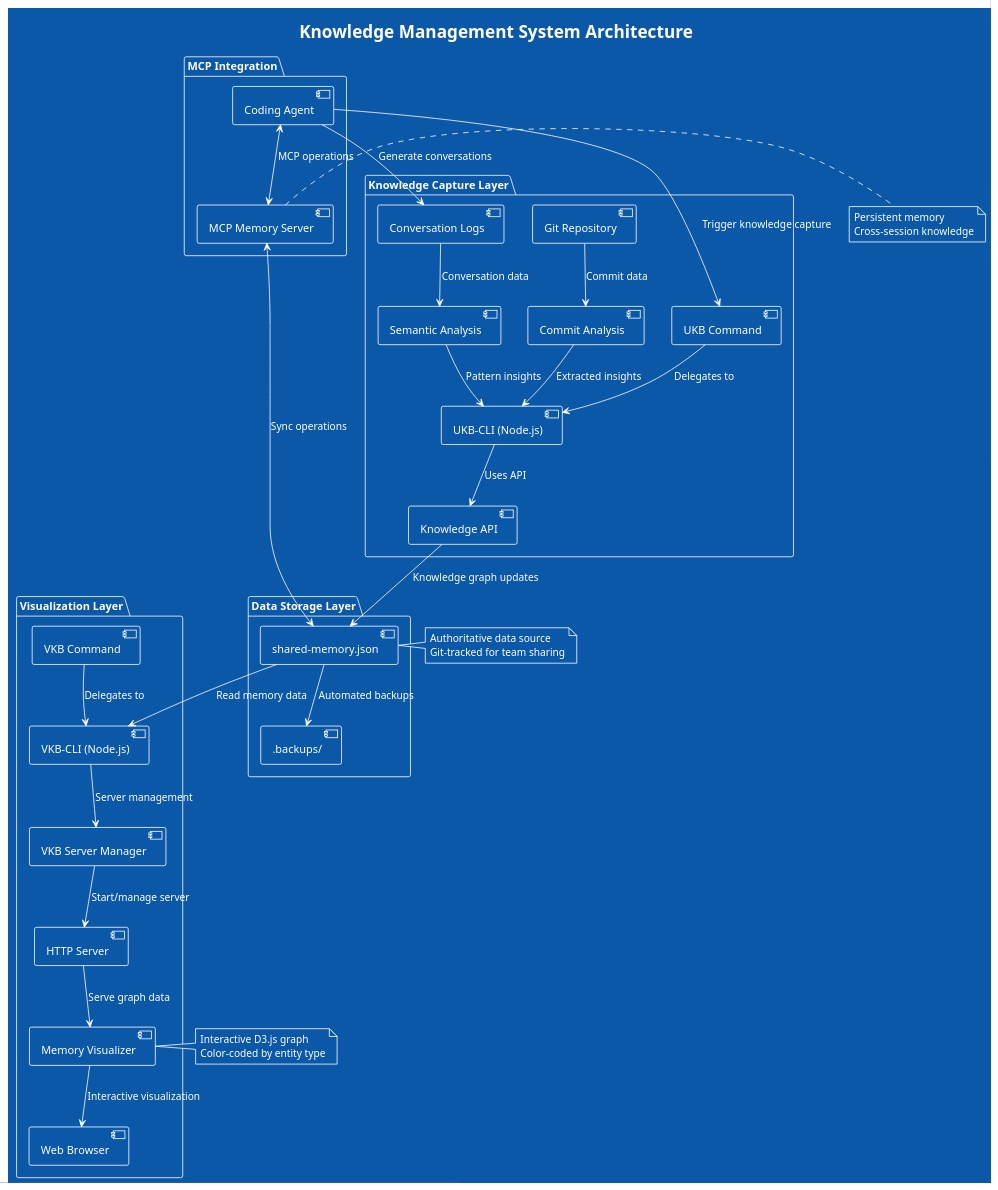
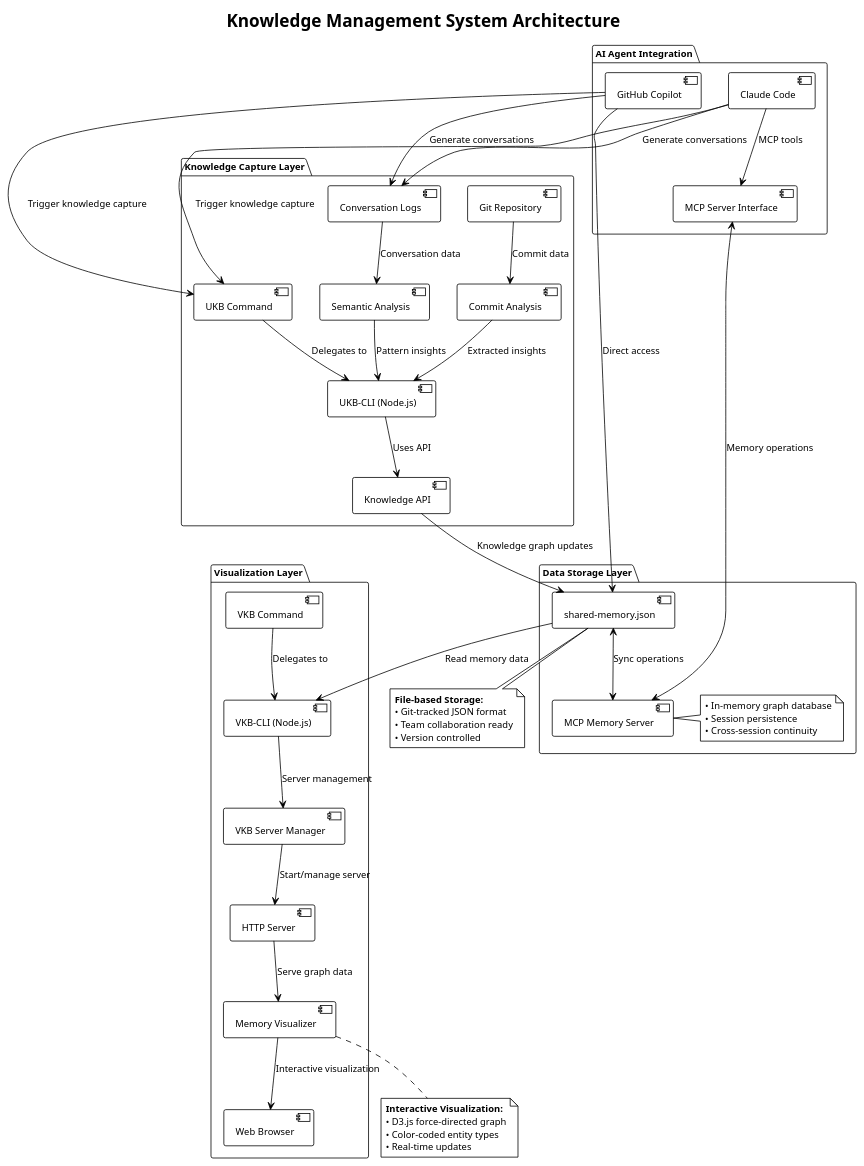
The diagram in docs/puml/system-architecture.puml (davidraehles/agentic-coding-framework), drawn with PlantUML before and after one commit. The commit also changed 27 other files, not shown here.

Commit message:
docs: unification of puml styles & correction of main architecture diagram

```diff
--- a/docs/puml/system-architecture.puml
+++ b/docs/puml/system-architecture.puml
@@ -1,59 +1,82 @@
 @startuml system-architecture
-!theme amiga
+!theme plain
+skinparam backgroundColor white
+skinparam defaultFontName Arial
+skinparam defaultFontSize 12
+
 title Knowledge Management System Architecture
 
 package "Knowledge Capture Layer" {
   [Git Repository] as git
   [Conversation Logs] as logs
   [UKB Command] as ukb
   [UKB-CLI (Node.js)] as ukbcli
   [Knowledge API] as kapi
   [Commit Analysis] as analysis
   [Semantic Analysis] as semantic
 }
 
 package "Data Storage Layer" {
-  [shared-memory.json] as storage
-  [.backups/] as backups
+  database [shared-memory.json] as storage
+  database [MCP Memory Server] as mcpmem
+  note right of mcpmem
+    • In-memory graph database
+    • Session persistence
+    • Cross-session continuity
+  end note
 }
 
 package "Visualization Layer" {
   [VKB Command] as vkb
   [VKB-CLI (Node.js)] as vkbcli
   [VKB Server Manager] as vkbserver
   [HTTP Server] as server
   [Memory Visualizer] as visualizer
   [Web Browser] as browser
 }
 
-package "MCP Integration" {
-  [Coding Agent] as agent
-  [MCP Memory Server] as mcp
+package "AI Agent Integration" {
+  [Claude Code] as claude
+  [GitHub Copilot] as copilot
+  [MCP Server Interface] as mcp
 }
 
 git --> analysis : Commit data
 logs --> semantic : Conversation data
 analysis --> ukbcli : Extracted insights
 semantic --> ukbcli : Pattern insights
 ukb --> ukbcli : Delegates to
 ukbcli --> kapi : Uses API
 kapi --> storage : Knowledge graph updates
-storage --> backups : Automated backups
+storage <--> mcpmem : Sync operations
 
 storage --> vkbcli : Read memory data
 vkb --> vkbcli : Delegates to
 vkbcli --> vkbserver : Server management
 vkbserver --> server : Start/manage server
 server --> visualizer : Serve graph data
 visualizer --> browser : Interactive visualization
 
-agent <--> mcp : MCP operations
-mcp <--> storage : Sync operations
-agent --> ukb : Trigger knowledge capture
-agent --> logs : Generate conversations
+claude --> mcp : MCP tools
+copilot --> storage : Direct access
+mcp <--> mcpmem : Memory operations
+claude --> ukb : Trigger knowledge capture
+copilot --> ukb : Trigger knowledge capture
+claude --> logs : Generate conversations
+copilot --> logs : Generate conversations
 
-note right of storage : Authoritative data source\nGit-tracked for team sharing
-note right of visualizer : Interactive D3.js graph\nColor-coded by entity type
-note right of mcp : Persistent memory\nCross-session knowledge
+note bottom of storage
+  **File-based Storage:**
+  • Git-tracked JSON format
+  • Team collaboration ready
+  • Version controlled
+end note
+
+note bottom of visualizer
+  **Interactive Visualization:**
+  • D3.js force-directed graph
+  • Color-coded entity types
+  • Real-time updates
+end note
 
 @enduml
```
